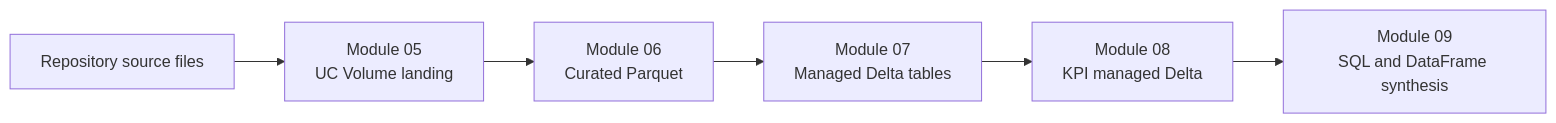
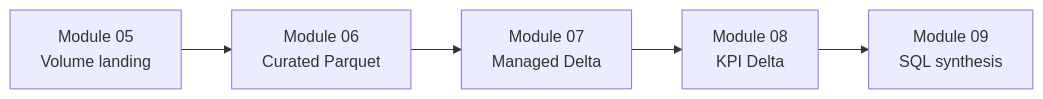
The first of 2 diagrams in vault/home.md (rajdump/pyspark-on-azure-databricks-academy), drawn with Mermaid before and after one commit. The commit also changed other lines of this file and 25 other files, not shown here.

````diff
--- a/vault/home.md
+++ b/vault/home.md
@@ -74,8 +54,7 @@
 ```mermaid
 flowchart LR
-    R[Repository source files] --> M5[Module 05<br/>UC Volume landing]
-    M5 --> M6[Module 06<br/>Curated Parquet]
-    M6 --> M7[Module 07<br/>Managed Delta tables]
-    M7 --> M8[Module 08<br/>KPI managed Delta]
-    M8 --> M9[Module 09<br/>SQL and DataFrame synthesis]
+    M5[Module 05<br/>Volume landing] --> M6[Module 06<br/>Curated Parquet]
+    M6 --> M7[Module 07<br/>Managed Delta]
+    M7 --> M8[Module 08<br/>KPI Delta]
+    M8 --> M9[Module 09<br/>SQL synthesis]
 ```
````
